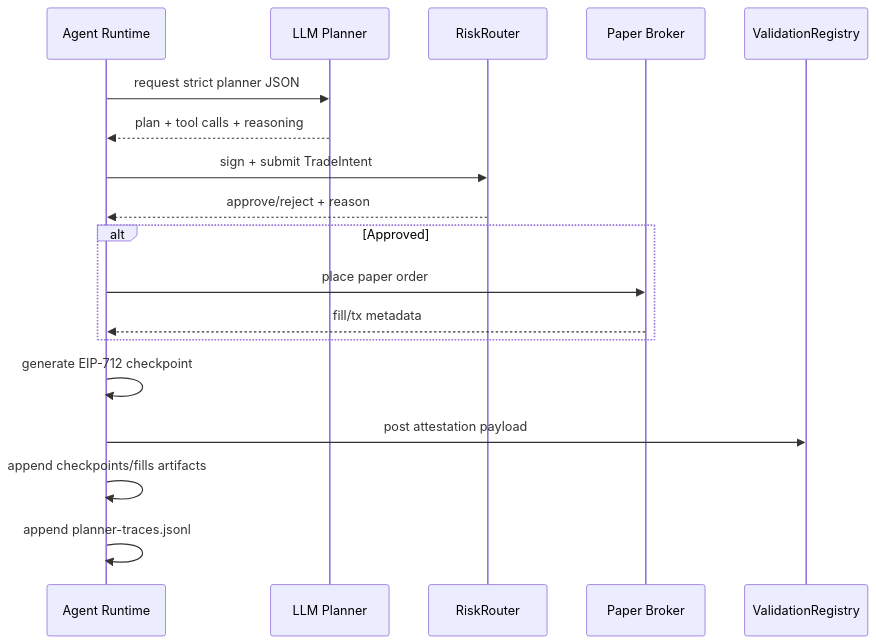
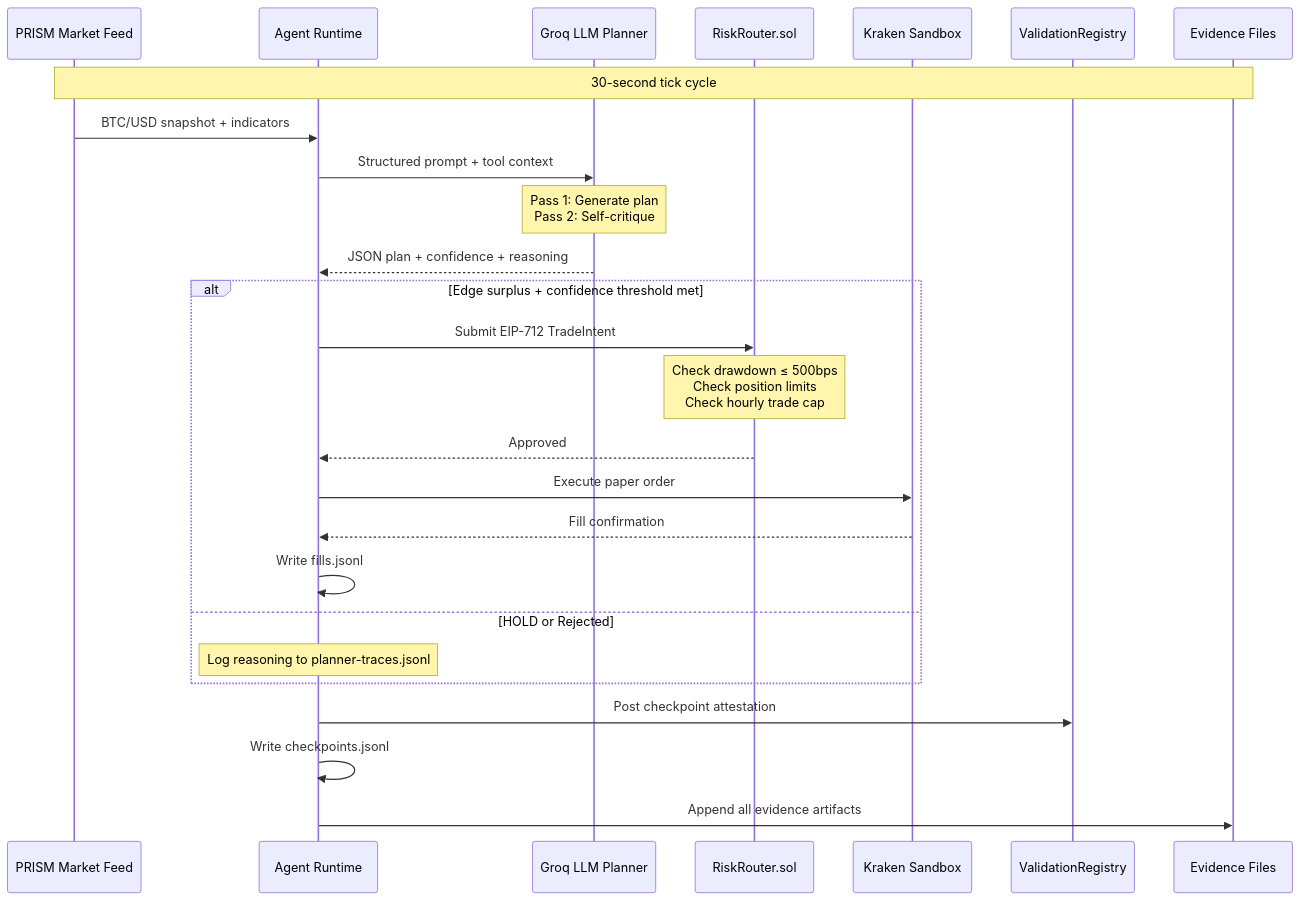
Before and after one commit to HyperionBurn/DualAgent-ERC8004: the second of 3 diagrams in ai-trading-agent-template/README.md, drawn with Mermaid. The commit also changed other lines of this file and 1 other file, not shown here.

````diff
--- a/ai-trading-agent-template/README.md
+++ b/ai-trading-agent-template/README.md
@@ -44,21 +96,32 @@
 ```mermaid
 sequenceDiagram
+    participant M as PRISM Market Feed
     participant A as Agent Runtime
-    participant L as LLM Planner
-    participant RR as RiskRouter
-    participant EX as Paper Broker
-    participant VR as ValidationRegistry
+    participant L as Groq LLM Planner
+    participant R as RiskRouter.sol
+    participant K as Kraken Sandbox
+    participant V as ValidationRegistry
+    participant E as Evidence Files
 
-    A->>L: request strict planner JSON
-    L-->>A: plan + tool calls + reasoning
-    A->>RR: sign + submit TradeIntent
-    RR-->>A: approve/reject + reason
-    alt Approved
-      A->>EX: place paper order
-      EX-->>A: fill/tx metadata
+    Note over M,E: 30-second tick cycle
+
+    M->>A: BTC/USD snapshot + indicators
+    A->>L: Structured prompt + tool context
+    Note over L: Pass 1: Generate plan<br/>Pass 2: Self-critique
+    L-->>A: JSON plan + confidence + reasoning
+
+    alt Edge surplus + confidence threshold met
+        A->>R: Submit EIP-712 TradeIntent
+        Note over R: Check drawdown ≤ 500bps<br/>Check position limits<br/>Check hourly trade cap
+        R-->>A: Approved
+        A->>K: Execute paper order
+        K-->>A: Fill confirmation
+        A->>A: Write fills.jsonl
+    else HOLD or Rejected
+        Note over A: Log reasoning to planner-traces.jsonl
     end
-    A->>A: generate EIP-712 checkpoint
-    A->>VR: post attestation payload
-    A->>A: append checkpoints/fills artifacts
-    A->>A: append planner-traces.jsonl
+
+    A->>V: Post checkpoint attestation
+    A->>A: Write checkpoints.jsonl
+    A->>E: Append all evidence artifacts
 ```
````
